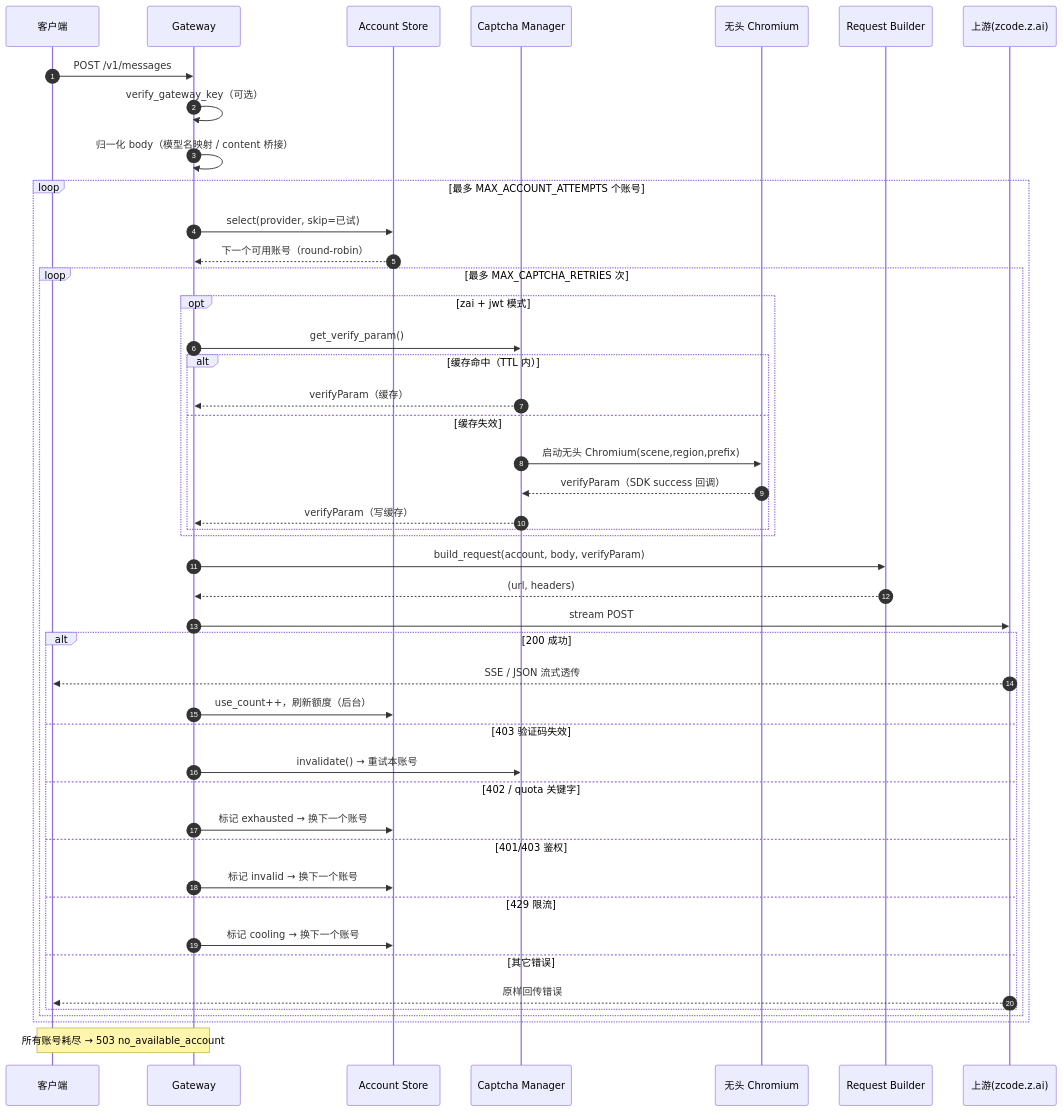
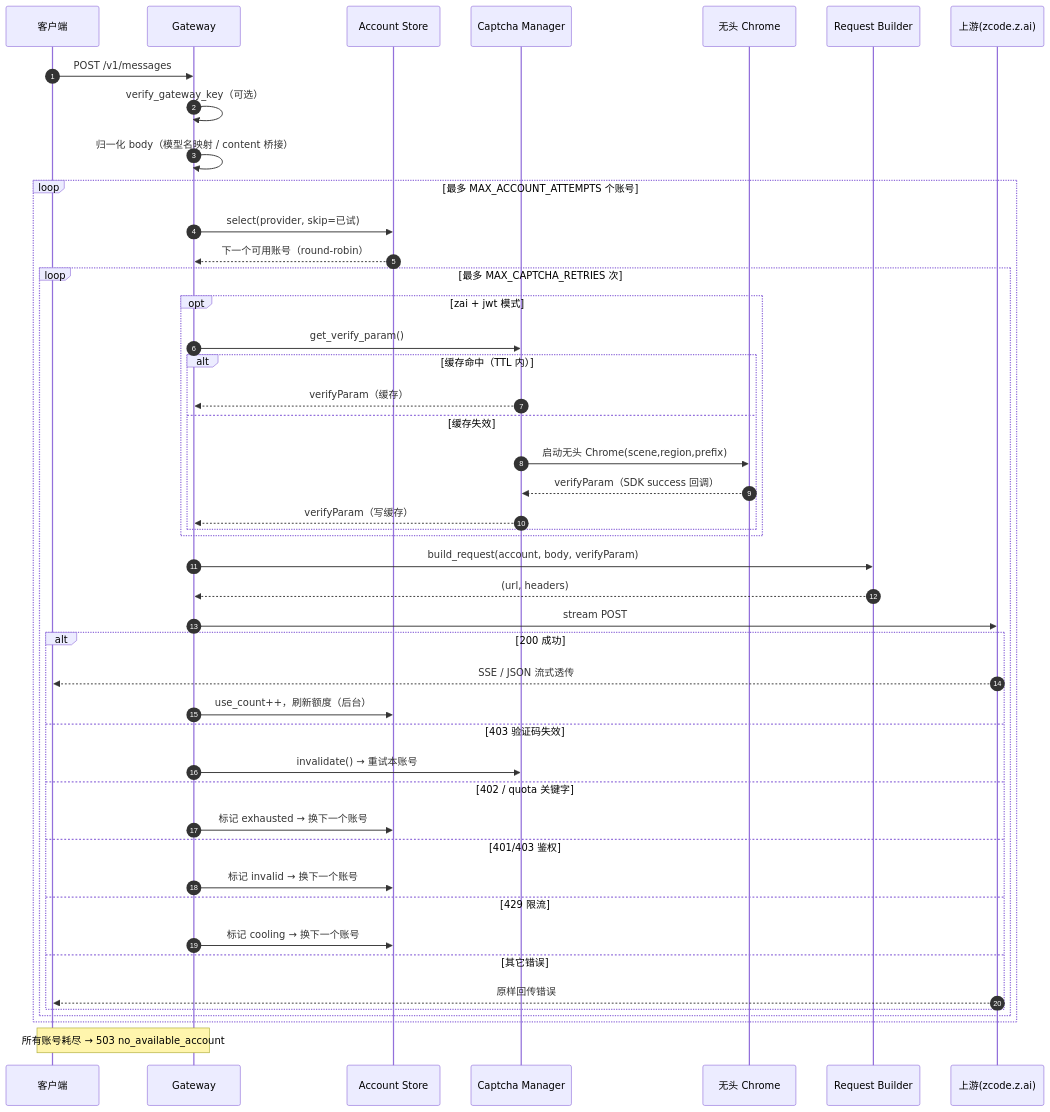
One commit to linlong5201314/zcode2api changed the second of 4 diagrams in docs/ARCHITECTURE.md. Above: the diagram before and after it, drawn with Mermaid. The commit also changed other lines of this file, not shown here.

Commit message:
docs: 架构文档同步真实 Chrome 方案

````diff
--- a/docs/ARCHITECTURE.md
+++ b/docs/ARCHITECTURE.md
@@ -109,52 +109,52 @@
 ```mermaid
 sequenceDiagram
     autonumber
     participant C as 客户端
     participant GW as Gateway
     participant S as Account Store
     participant CM as Captcha Manager
-    participant SV as 无头 Chromium
+    participant SV as 无头 Chrome
     participant A as Request Builder
     participant U as 上游(zcode.z.ai)
 
     C->>GW: POST /v1/messages
     GW->>GW: verify_gateway_key（可选）
     GW->>GW: 归一化 body（模型名映射 / content 桥接）
 
     loop 最多 MAX_ACCOUNT_ATTEMPTS 个账号
         GW->>S: select(provider, skip=已试)
         S-->>GW: 下一个可用账号（round-robin）
 
         loop 最多 MAX_CAPTCHA_RETRIES 次
             opt zai + jwt 模式
                 GW->>CM: get_verify_param()
                 alt 缓存命中（TTL 内）
                     CM-->>GW: verifyParam（缓存）
                 else 缓存失效
-                    CM->>SV: 启动无头 Chromium(scene,region,prefix)
+                    CM->>SV: 启动无头 Chrome(scene,region,prefix)
                     SV-->>CM: verifyParam（SDK success 回调）
                     CM-->>GW: verifyParam（写缓存）
                 end
             end
             GW->>A: build_request(account, body, verifyParam)
             A-->>GW: (url, headers)
             GW->>U: stream POST
             alt 200 成功
                 U-->>C: SSE / JSON 流式透传
                 GW->>S: use_count++，刷新额度（后台）
             else 403 验证码失效
                 GW->>CM: invalidate() → 重试本账号
             else 402 / quota 关键字
                 GW->>S: 标记 exhausted → 换下一个账号
             else 401/403 鉴权
                 GW->>S: 标记 invalid → 换下一个账号
             else 429 限流
                 GW->>S: 标记 cooling → 换下一个账号
             else 其它错误
                 U-->>C: 原样回传错误
             end
         end
     end
 
     Note over GW,C: 所有账号耗尽 → 503 no_available_account
 ```
````
